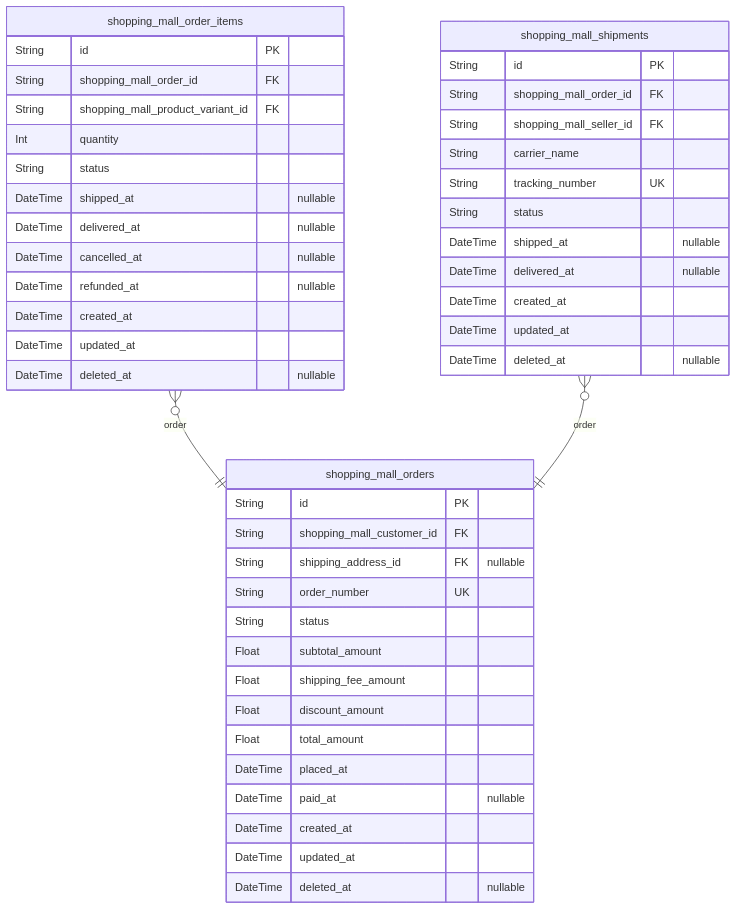
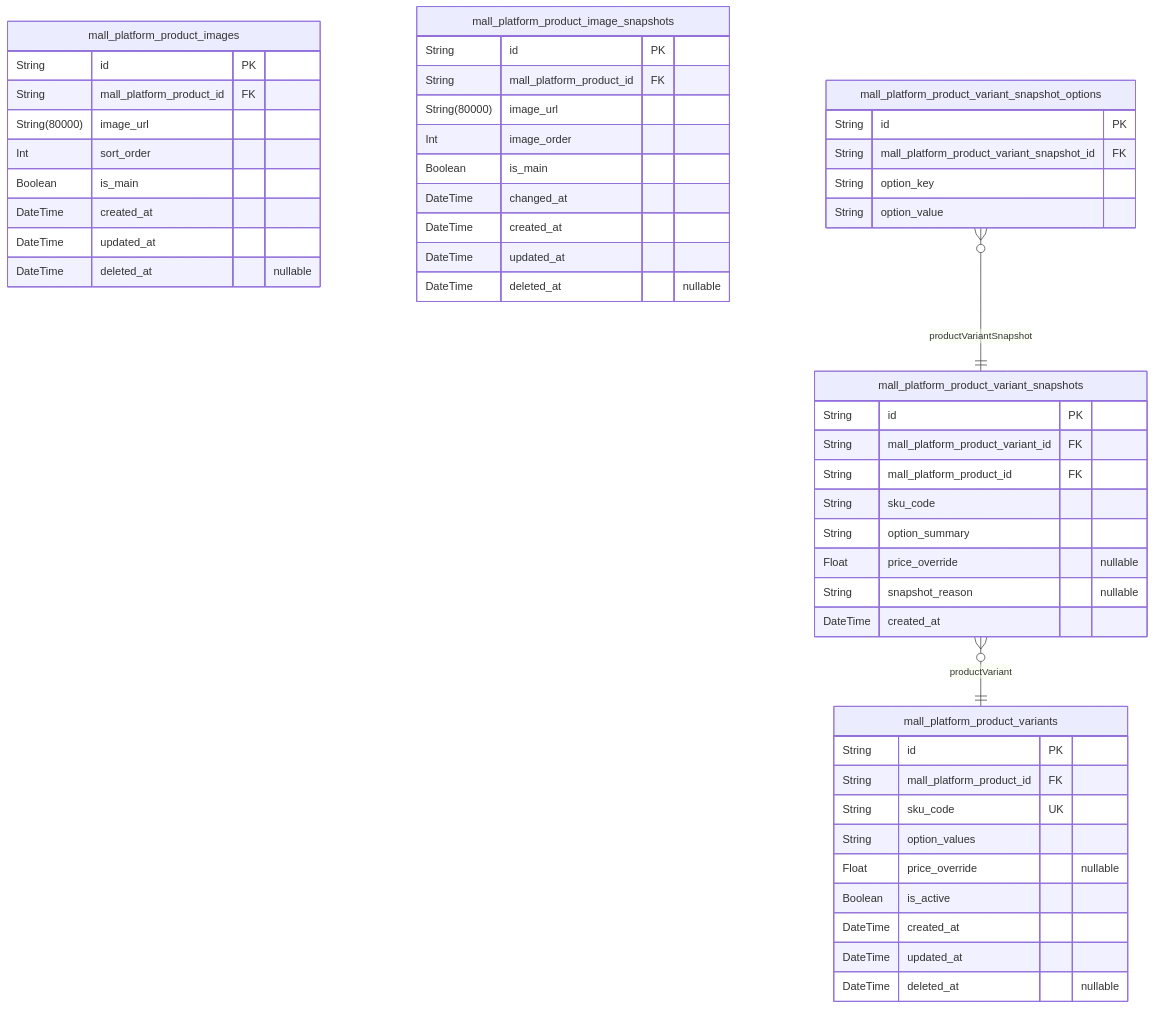
One commit to wrtnlabs/autobe-examples changed the fifth of 17 diagrams in openai/gpt-5.4-mini/shopping/docs/ERD.md. Above: the diagram before and after it, drawn with Mermaid. The commit also changed other lines of this file and 9017 other files, not shown here.

````diff
--- a/openai/gpt-5.4-mini/shopping/docs/ERD.md
+++ b/openai/gpt-5.4-mini/shopping/docs/ERD.md
@@ -540,48 +536,53 @@
 ```mermaid
 erDiagram
-"shopping_mall_orders" {
+"mall_platform_product_images" {
   String id PK
-  String shopping_mall_customer_id FK
-  String shipping_address_id FK "nullable"
-  String order_number UK
-  String status
-  Float subtotal_amount
-  Float shipping_fee_amount
-  Float discount_amount
-  Float total_amount
-  DateTime placed_at
-  DateTime paid_at "nullable"
+  String mall_platform_product_id FK
+  String(80000) image_url
+  Int sort_order
+  Boolean is_main
   DateTime created_at
   DateTime updated_at
   DateTime deleted_at "nullable"
 }
-"shopping_mall_order_items" {
+"mall_platform_product_variants" {
   String id PK
-  String shopping_mall_order_id FK
-  String shopping_mall_product_variant_id FK
-  Int quantity
-  String status
-  DateTime shipped_at "nullable"
-  DateTime delivered_at "nullable"
-  DateTime cancelled_at "nullable"
-  DateTime refunded_at "nullable"
+  String mall_platform_product_id FK
+  String sku_code UK
+  String option_values
+  Float price_override "nullable"
+  Boolean is_active
   DateTime created_at
   DateTime updated_at
   DateTime deleted_at "nullable"
 }
-"shopping_mall_shipments" {
+"mall_platform_product_image_snapshots" {
   String id PK
-  String shopping_mall_order_id FK
-  String shopping_mall_seller_id FK
-  String carrier_name
-  String tracking_number UK
-  String status
-  DateTime shipped_at "nullable"
-  DateTime delivered_at "nullable"
+  String mall_platform_product_id FK
+  String(80000) image_url
+  Int image_order
+  Boolean is_main
+  DateTime changed_at
   DateTime created_at
   DateTime updated_at
   DateTime deleted_at "nullable"
 }
-"shopping_mall_order_items" }o--|| "shopping_mall_orders" : order
-"shopping_mall_shipments" }o--|| "shopping_mall_orders" : order
+"mall_platform_product_variant_snapshots" {
+  String id PK
+  String mall_platform_product_variant_id FK
+  String mall_platform_product_id FK
+  String sku_code
+  String option_summary
+  Float price_override "nullable"
+  String snapshot_reason "nullable"
+  DateTime created_at
+}
+"mall_platform_product_variant_snapshot_options" {
+  String id PK
+  String mall_platform_product_variant_snapshot_id FK
+  String option_key
+  String option_value
+}
+"mall_platform_product_variant_snapshots" }o--|| "mall_platform_product_variants" : productVariant
+"mall_platform_product_variant_snapshot_options" }o--|| "mall_platform_product_variant_snapshots" : productVariantSnapshot
 ```
````
